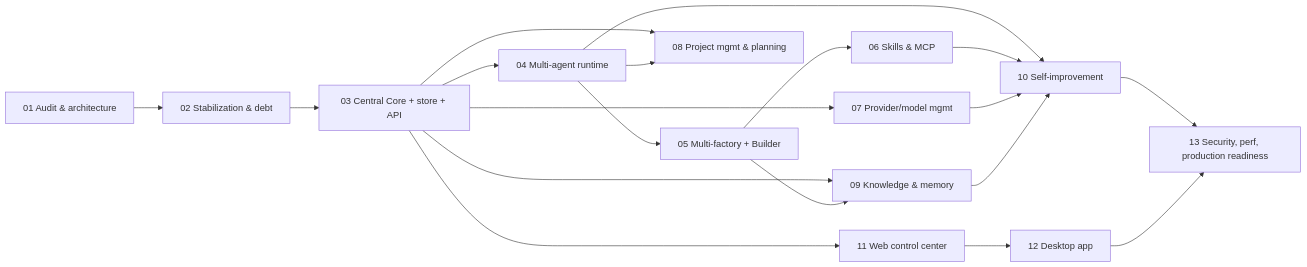
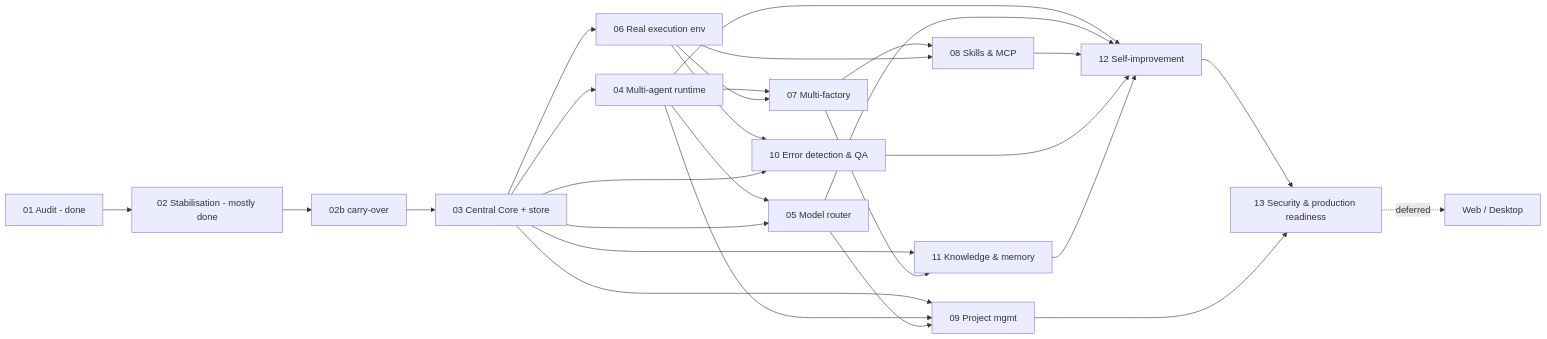
The diagram in docs/architecture/10_DEVELOPMENT_ROADMAP.md (MOT1209/kingagent-factory), drawn with Mermaid before and after one commit. The commit also changed other lines of this file and 24 other files, not shown here.

Commit message:
Architecture revision 2: master audit, delegation, router, execution, roadmap re-sequenced

````diff
--- a/docs/architecture/10_DEVELOPMENT_ROADMAP.md
+++ b/docs/architecture/10_DEVELOPMENT_ROADMAP.md
@@ -8,17 +26,25 @@
 ```mermaid
 flowchart LR
-  P01[01 Audit & architecture] --> P02[02 Stabilization & debt]
-  P02 --> P03[03 Central Core + store + API]
+  P01[01 Audit - done] --> P02[02 Stabilisation - mostly done]
+  P02 --> P02b[02b carry-over]
+  P02b --> P03[03 Central Core + store]
   P03 --> P04[04 Multi-agent runtime]
-  P03 --> P07[07 Provider/model mgmt]
-  P04 --> P05[05 Multi-factory + Builder]
-  P05 --> P06[06 Skills & MCP]
-  P03 --> P08[08 Project mgmt & planning]
-  P04 --> P08
-  P03 --> P09[09 Knowledge & memory]
+  P03 --> P06[06 Real execution env]
+  P04 --> P05[05 Model router]
+  P03 --> P05
+  P04 --> P07[07 Multi-factory]
+  P06 --> P07
+  P07 --> P08[08 Skills & MCP]
+  P06 --> P08
+  P03 --> P09[09 Project mgmt]
+  P04 --> P09
   P05 --> P09
-  P04 & P06 & P07 & P09 --> P10[10 Self-improvement]
-  P03 --> P11[11 Web control center]
-  P11 --> P12[12 Desktop app]
-  P10 & P12 --> P13[13 Security, perf, production readiness]
+  P06 --> P10[10 Error detection & QA]
+  P03 --> P10
+  P03 --> P11[11 Knowledge & memory]
+  P07 --> P11
+  P04 & P05 & P08 & P10 & P11 --> P12[12 Self-improvement]
+  P12 --> P13[13 Security & production readiness]
+  P09 --> P13
+  P13 -.deferred.-> UI[Web / Desktop]
 ```
````
